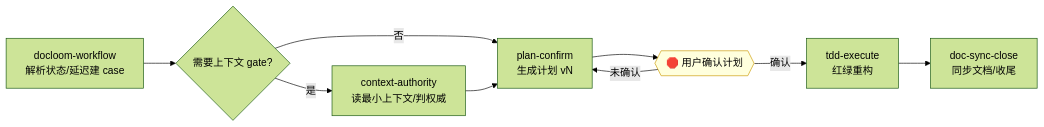
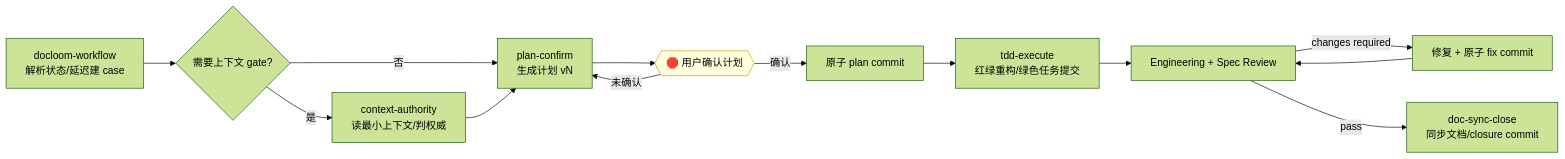
Before and after one commit to yomij/doc-loom-least: the third of 5 diagrams in docs/share/workflow-and-design.md, drawn with Mermaid (forest theme). The commit also changed other lines of this file and 7 other files, not shown here.

````diff
--- a/docs/share/workflow-and-design.md
+++ b/docs/share/workflow-and-design.md
@@ -149,14 +151,18 @@
 ```mermaid
 flowchart LR
     A[docloom-workflow<br/>解析状态/延迟建 case] --> B{需要上下文 gate?}
     B -->|是| CTX[context-authority<br/>读最小上下文/判权威]
     B -->|否| C
     CTX --> C[plan-confirm<br/>生成计划 vN]
     C --> GATE{{🛑 用户确认计划}}
     GATE -->|未确认| C
-    GATE -->|确认| D[tdd-execute<br/>红绿重构]
-    D --> E[doc-sync-close<br/>同步文档/收尾]
+    GATE -->|确认| P[原子 plan commit]
+    P --> D[tdd-execute<br/>红绿重构/绿色任务提交]
+    D --> R[Engineering + Spec Review]
+    R -->|changes required| F[修复 + 原子 fix commit]
+    F --> R
+    R -->|pass| E[doc-sync-close<br/>同步文档/closure commit]
 
     classDef gate fill:#ffd,stroke:#c90
     class GATE gate
 ```
````
